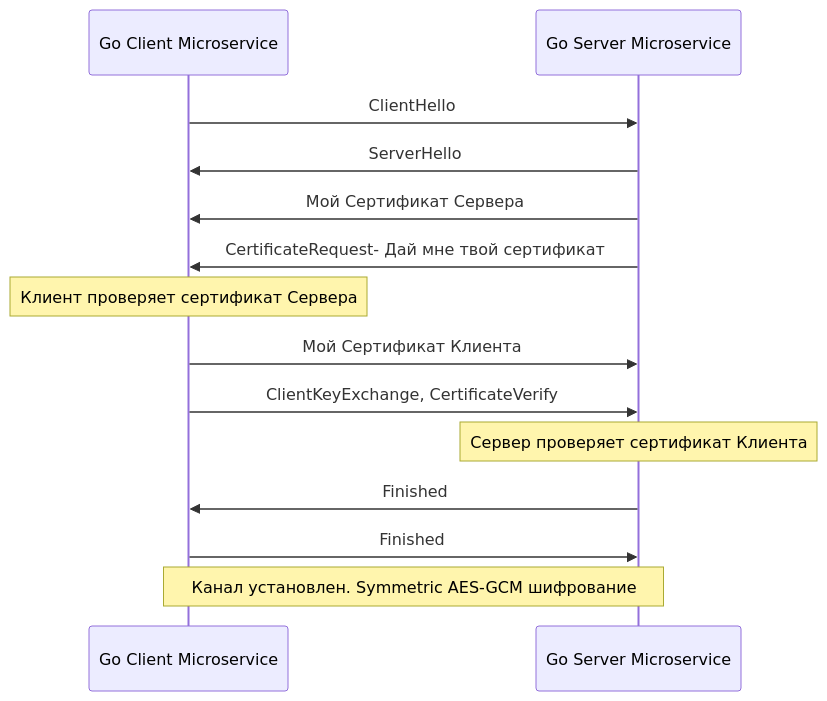
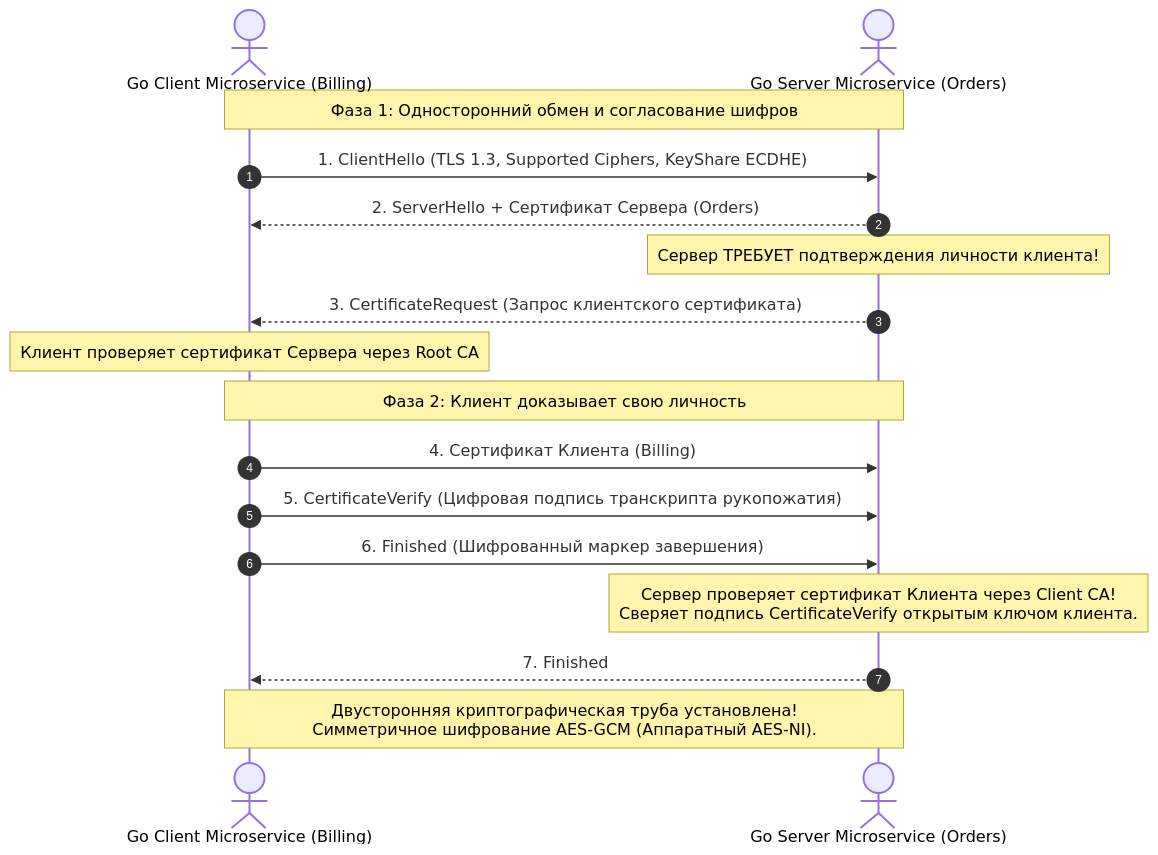
Before and after one commit to UnrealTemplier/go-textbook: the first of 2 diagrams in sources/10. Проектирование API и Сетевые протоколы/29. mTLS в сервисах.md, drawn with Mermaid. The commit also changed other lines of this file, not shown here.

````diff
--- a/sources/10. Проектирование API и Сетевые протоколы/29. mTLS в сервисах.md
+++ b/sources/10. Проектирование API и Сетевые протоколы/29. mTLS в сервисах.md
@@ -23,22 +42,26 @@
 ```mermaid
 sequenceDiagram
-    participant C as Go Client Microservice
-    participant S as Go Server Microservice
+    autonumber
+    actor C as Go Client Microservice (Billing)
+    actor S as Go Server Microservice (Orders)
+
+    Note over C,S: Фаза 1: Односторонний обмен и согласование шифров
+    C->>S: 1. ClientHello (TLS 1.3, Supported Ciphers, KeyShare ECDHE)
+    S-->>C: 2. ServerHello + Сертификат Сервера (Orders)
     
-    C->>S: ClientHello
-    S->>C: ServerHello
-    S->>C: Мой Сертификат Сервера
-    S->>C: CertificateRequest- Дай мне твой сертификат
+    Note over S: Сервер ТРЕБУЕТ подтверждения личности клиента!
+    S-->>C: 3. CertificateRequest (Запрос клиентского сертификата)
     
-    Note over C: Клиент проверяет сертификат Сервера
+    Note over C: Клиент проверяет сертификат Сервера через Root CA
     
-    C->>S: Мой Сертификат Клиента
-    C->>S: ClientKeyExchange, CertificateVerify
+    Note over C,S: Фаза 2: Клиент доказывает свою личность
+    C->>S: 4. Сертификат Клиента (Billing)
+    C->>S: 5. CertificateVerify (Цифровая подпись транскрипта рукопожатия)
+    C->>S: 6. Finished (Шифрованный маркер завершения)
     
-    Note over S: Сервер проверяет сертификат Клиента
+    Note over S: Сервер проверяет сертификат Клиента через Client CA!<br>Сверяет подпись CertificateVerify открытым ключом клиента.
     
-    S->>C: Finished
-    C->>S: Finished
+    S-->>C: 7. Finished
     
-    Note over C,S: Канал установлен. Symmetric AES-GCM шифрование
+    Note over C,S: Двусторонняя криптографическая труба установлена!<br>Симметричное шифрование AES-GCM (Аппаратный AES-NI).
 ```
````
